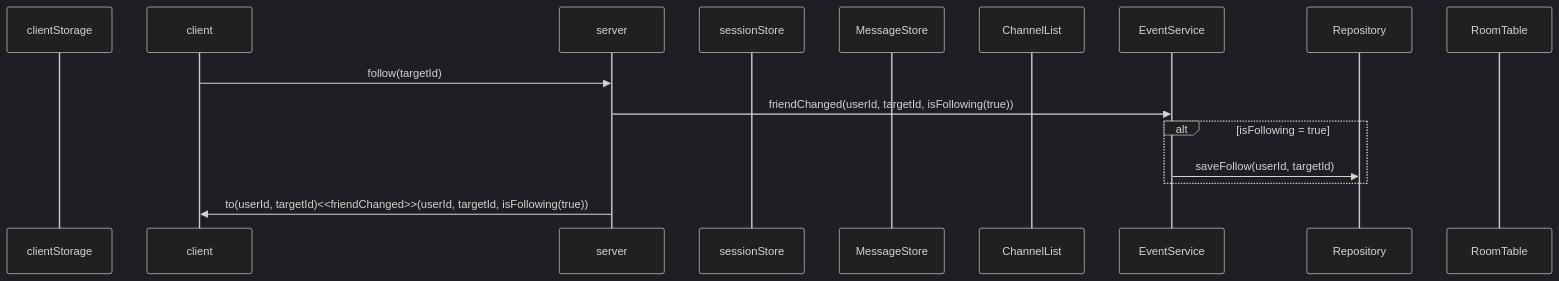
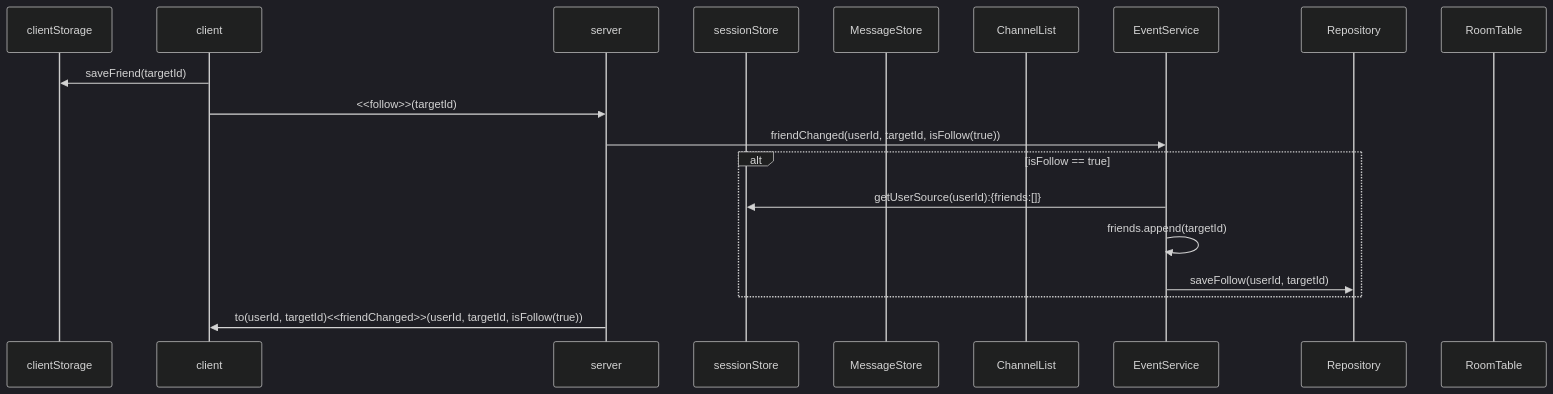
One commit to mtak0235/simmons_transcendence changed the seventh of 19 diagrams in backend/node/app/event.md. Above: the diagram before and after it, drawn with Mermaid (dark theme). The commit also changed other lines of this file, not shown here.

````diff
--- a/backend/node/app/event.md
+++ b/backend/node/app/event.md
@@ -166,19 +175,22 @@
 ```mermaid
 sequenceDiagram
 participant cls as clientStorage
 participant c as client
 participant ga as server
 participant ss as sessionStore
 participant ms as MessageStore
 participant cns as ChannelList
 participant cs as EventService
 participant r as Repository
 participant rt as RoomTable
 
-c->>ga: follow(targetId)
-ga->>cs: friendChanged(userId, targetId, isFollowing(true))
-alt isFollowing = true
-cs->>r: saveFollow(userId, targetId);
+c->>cls: saveFriend(targetId)
+c->>ga: <<follow>>(targetId)
+ga->>cs: friendChanged(userId, targetId, isFollow(true))
+alt isFollow == true
+cs->>ss: getUserSource(userId):{friends:[]}
+cs->>cs: friends.append(targetId)
+cs->>r: saveFollow(userId, targetId)
 end
-ga->>c: to(userId, targetId)<<friendChanged>>(userId, targetId, isFollowing(true))
+ga->>c: to(userId, targetId)<<friendChanged>>(userId, targetId, isFollow(true))
 ```
````
